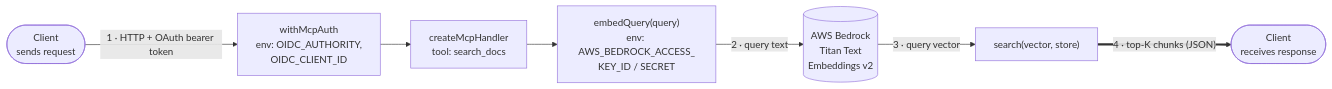
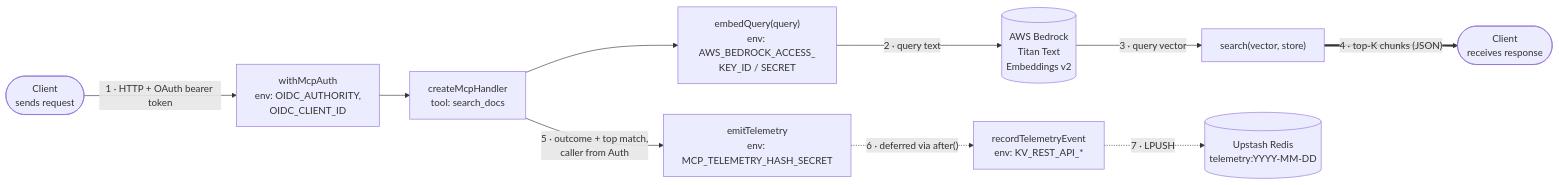
Before and after one commit to marigold-ui/marigold: the first of 2 diagrams in docs/app/mcp/README.md, drawn with Mermaid. The commit also changed other lines of this file and 8 other files, not shown here.

First line of the commit message:
fix(DST-1625): address review feedback on MCP telemetry

````diff
--- a/docs/app/mcp/README.md
+++ b/docs/app/mcp/README.md
@@ -9,16 +9,22 @@
 ```mermaid
 flowchart LR
     ClientOut(["Client<br/>sends request"])
     Auth["withMcpAuth<br/>env: OIDC_AUTHORITY,<br/>OIDC_CLIENT_ID"]
     Handler["createMcpHandler<br/>tool: search_docs"]
     Embed["embedQuery(query)<br/>env: AWS_BEDROCK_ACCESS_<br/>KEY_ID / SECRET"]
     Bedrock[("AWS Bedrock<br/>Titan Text<br/>Embeddings v2")]
     Search["search(vector, store)"]
     ClientIn(["Client<br/>receives response"])
+    Emit["emitTelemetry<br/>env: MCP_TELEMETRY_HASH_SECRET"]
+    Record["recordTelemetryEvent<br/>env: KV_REST_API_*"]
+    Redis[("Upstash Redis<br/>telemetry:YYYY-MM-DD")]
 
     ClientOut -- "1 · HTTP + OAuth bearer token" --> Auth
     Auth --> Handler --> Embed
     Embed -- "2 · query text" --> Bedrock
     Bedrock -- "3 · query vector" --> Search
     Search == "4 · top-K chunks (JSON)" ==> ClientIn
+    Handler -- "5 · outcome + top match,<br/>caller from Auth" --> Emit
+    Emit -. "6 · deferred via after()" .-> Record
+    Record -. "7 · LPUSH" .-> Redis
 ```
````
